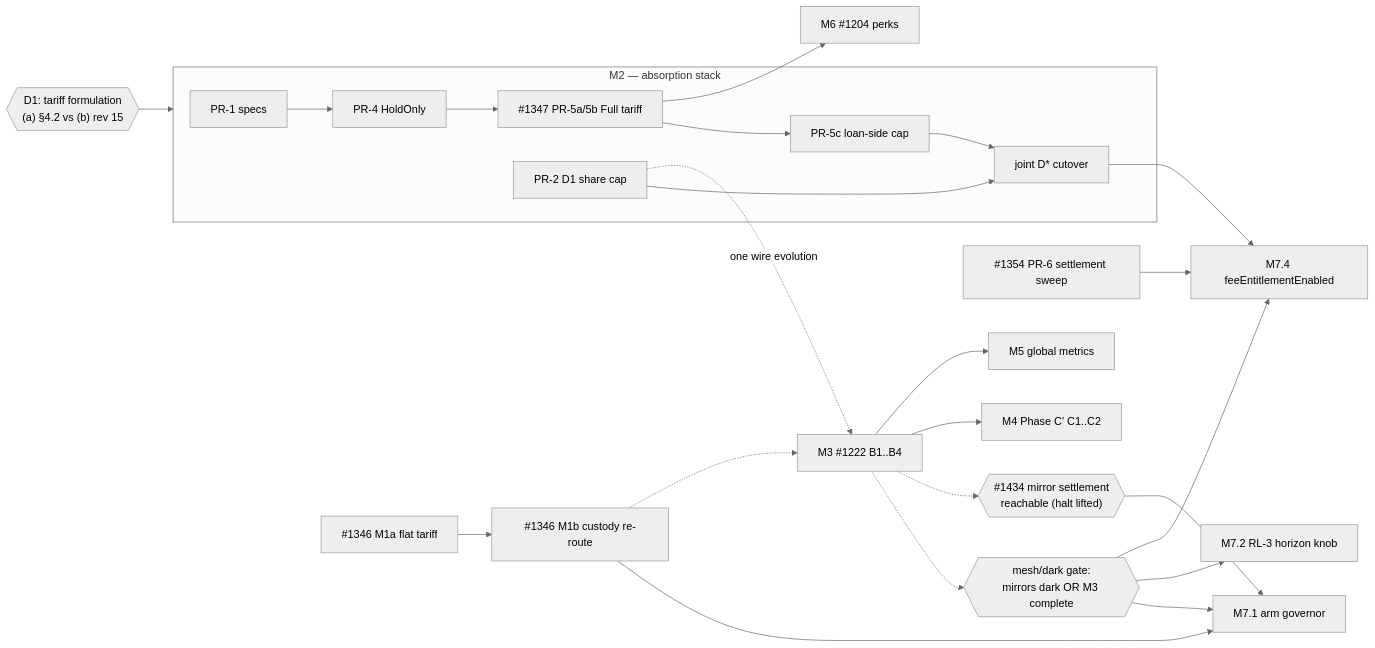
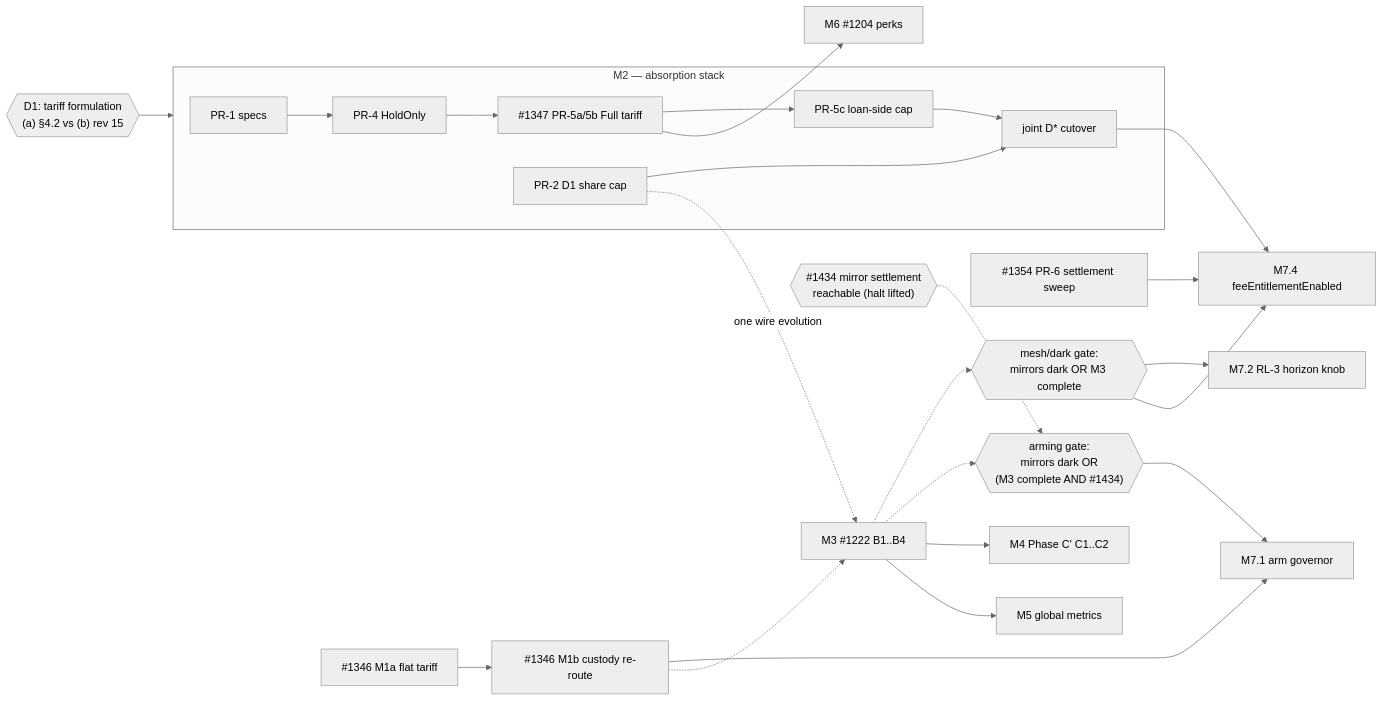
One commit to vaipakam/vaipakam changed the diagram in docs/DesignsAndPlans/VpfiRecyclingCompletionPlan.md. Above: the diagram before and after it, drawn with Mermaid (neutral theme). The commit also changed other lines of this file and 2 other files, not shown here.

````diff
--- a/docs/DesignsAndPlans/VpfiRecyclingCompletionPlan.md
+++ b/docs/DesignsAndPlans/VpfiRecyclingCompletionPlan.md
@@ -639,26 +660,27 @@
 ```mermaid
 flowchart LR
   D1{{"D1: tariff formulation<br/>(a) §4.2 vs (b) rev 15"}} --> M2
   M1a[#1346 M1a flat tariff] --> M1b[#1346 M1b custody re-route]
   M1b --> ARM[M7.1 arm governor]
-  GATE{{"mesh/dark gate:<br/>mirrors dark OR M3 complete"}} --> ARM
+  GATE{{"mesh/dark gate:<br/>mirrors dark OR M3 complete"}}
   M3 -.-> GATE
-  M3 -.-> SETTLE{{"#1434 mirror settlement<br/>reachable (halt lifted)"}}
-  SETTLE --> ARM
+  ARMGATE{{"arming gate:<br/>mirrors dark OR<br/>(M3 complete AND #1434)"}} --> ARM
+  M3 -.-> ARMGATE
+  SETTLE{{"#1434 mirror settlement<br/>reachable (halt lifted)"}} -.-> ARMGATE
   GATE --> RL3KNOB[M7.2 RL-3 horizon knob]
   subgraph M2 [M2 — absorption stack]
     PR1[PR-1 specs] --> PR4[PR-4 HoldOnly]
     PR4 --> PR5[#1347 PR-5a/5b Full tariff]
     PR5 --> PR5c[PR-5c loan-side cap]
     PR2[PR-2 D1 share cap] --> DSTAR[joint D* cutover]
     PR5c --> DSTAR
   end
   DSTAR --> FEE[M7.4 feeEntitlementEnabled]
   PR6[#1354 PR-6 settlement sweep] --> FEE
   GATE --> FEE
   PR2 -. one wire evolution .-> M3[M3 #1222 B1..B4]
   M1b -.-> M3
   M3 --> M4[M4 Phase C' C1..C2]
   M3 --> M5g[M5 global metrics]
   PR5 --> E2[M6 #1204 perks]
 ```
````
